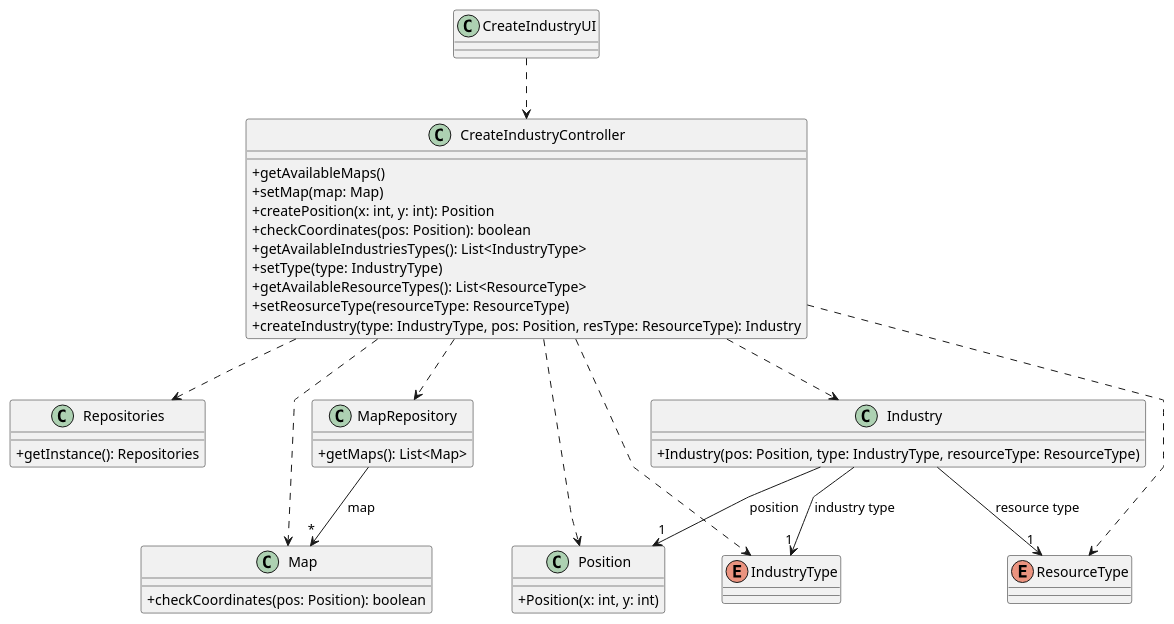
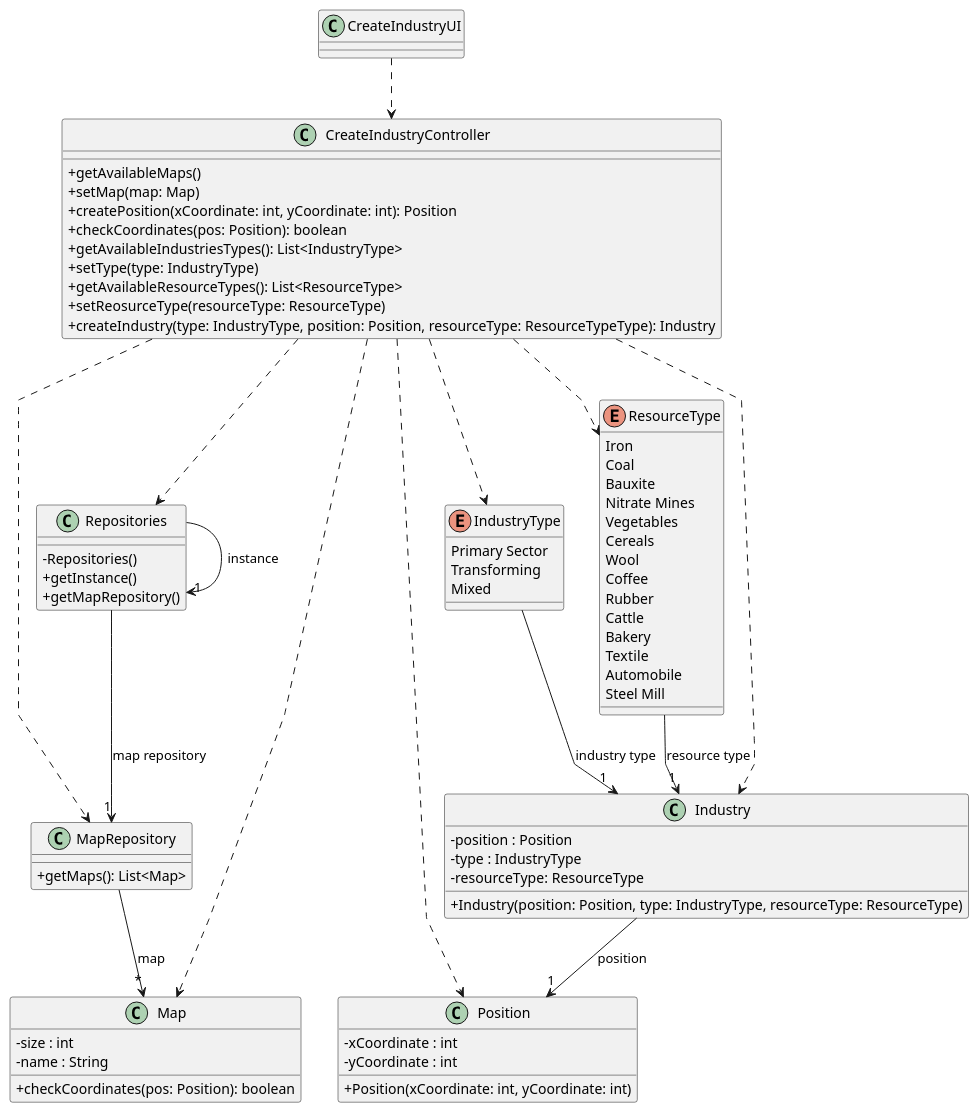
The diagram in Sprint2/US002/03.design/puml/US002-CD.puml (1240935/pi2-railway-simulator), drawn with PlantUML before and after one commit. The commit also changed 13 other files, not shown here.

```diff
--- a/Sprint2/US002/03.design/puml/US002-CD.puml
+++ b/Sprint2/US002/03.design/puml/US002-CD.puml
@@ -1,63 +1,95 @@
 @startuml
 'skinparam monochrome true
 skinparam packageStyle rectangle
 skinparam shadowing false
 skinparam linetype polyline
 'skinparam linetype orto
 
 skinparam classAttributeIconSize 0
 
 'left to right direction
 
-  class CreateIndustryUI
+  class CreateIndustryUI{
+  }
 
   class CreateIndustryController {
     +getAvailableMaps()
     +setMap(map: Map)
-    +createPosition(x: int, y: int): Position
+    +createPosition(xCoordinate: int, yCoordinate: int): Position
     +checkCoordinates(pos: Position): boolean
     +getAvailableIndustriesTypes(): List<IndustryType>
     +setType(type: IndustryType)
     +getAvailableResourceTypes(): List<ResourceType>
     +setReosurceType(resourceType: ResourceType)
-    +createIndustry(type: IndustryType, pos: Position, resType: ResourceType): Industry
+    +createIndustry(type: IndustryType, position: Position, resourceType: ResourceTypeType): Industry
   }
 
 
   class Repositories {
-    +getInstance(): Repositories
+      - Repositories()
+      + getInstance()
+      + getMapRepository()
   }
   class MapRepository {
     +getMaps(): List<Map>
   }
 
   class Industry {
-    +Industry(pos: Position, type: IndustryType, resourceType: ResourceType)
+    -position : Position
+    -type : IndustryType
+    -resourceType: ResourceType
+    +Industry(position: Position, type: IndustryType, resourceType: ResourceType)
   }
 
   class Map {
+    - size : int
+    - name : String
     +checkCoordinates(pos: Position): boolean
   }
 
   class Position {
-    +Position(x: int, y: int)
+    -xCoordinate : int
+    -yCoordinate : int
+    +Position(xCoordinate: int, yCoordinate: int)
   }
 
-  enum IndustryType
-  enum ResourceType
+  enum IndustryType{
+    Primary Sector
+    Transforming
+    Mixed
+  }
+
+  enum ResourceType{
+    Iron
+    Coal
+    Bauxite
+    Nitrate Mines
+    Vegetables
+    Cereals
+    Wool
+    Coffee
+    Rubber
+    Cattle
+    Bakery
+    Textile
+    Automobile
+    Steel Mill
+  }
 
 
 CreateIndustryUI ..> CreateIndustryController
 CreateIndustryController ..>  Repositories
 CreateIndustryController ..>  MapRepository
 CreateIndustryController ..>  Map
 CreateIndustryController ..> Position
 CreateIndustryController ..> IndustryType
 CreateIndustryController ..> ResourceType
 CreateIndustryController ..> Industry
+Repositories --> "1" MapRepository : map repository
+Repositories -> "1" Repositories : instance
 MapRepository --> "*" Map : map
 Industry --> "1" Position : position
-Industry --> "1" IndustryType : industry type
-Industry --> "1" ResourceType : resource type
+IndustryType --> "1" Industry : industry type
+ResourceType --> "1" Industry : resource type
 
 @enduml
```
